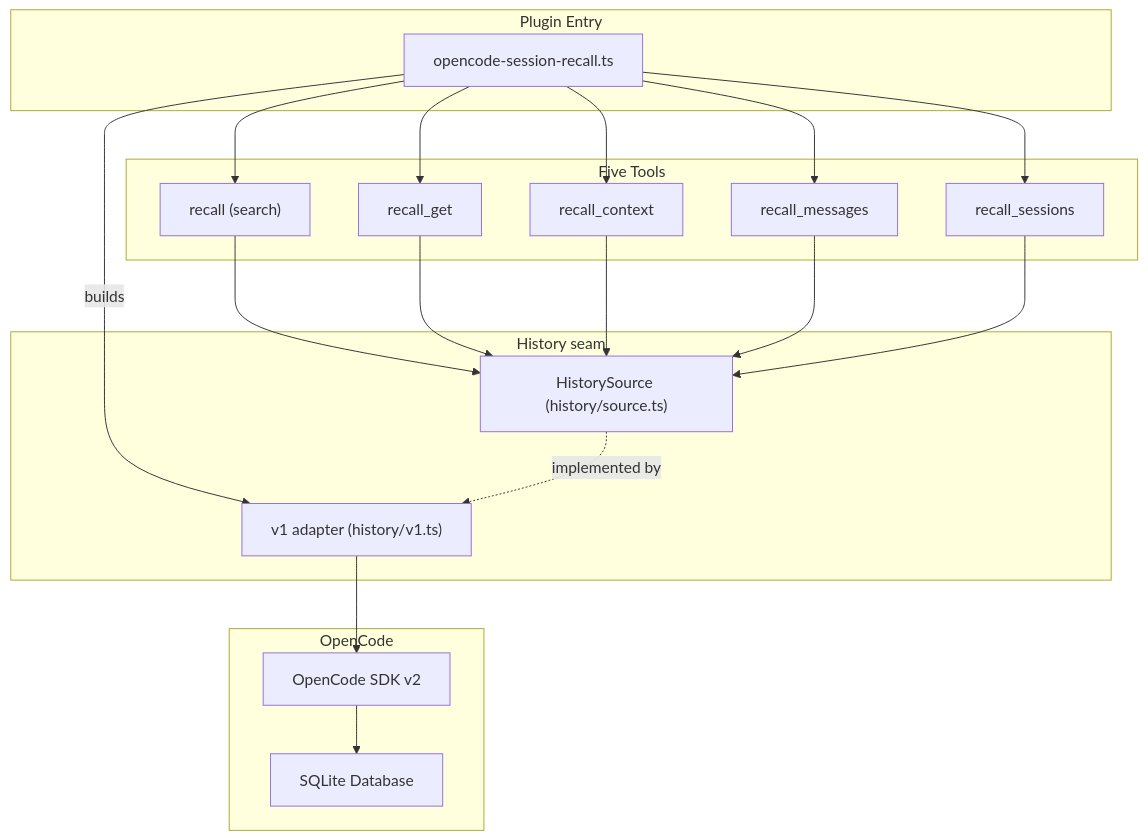
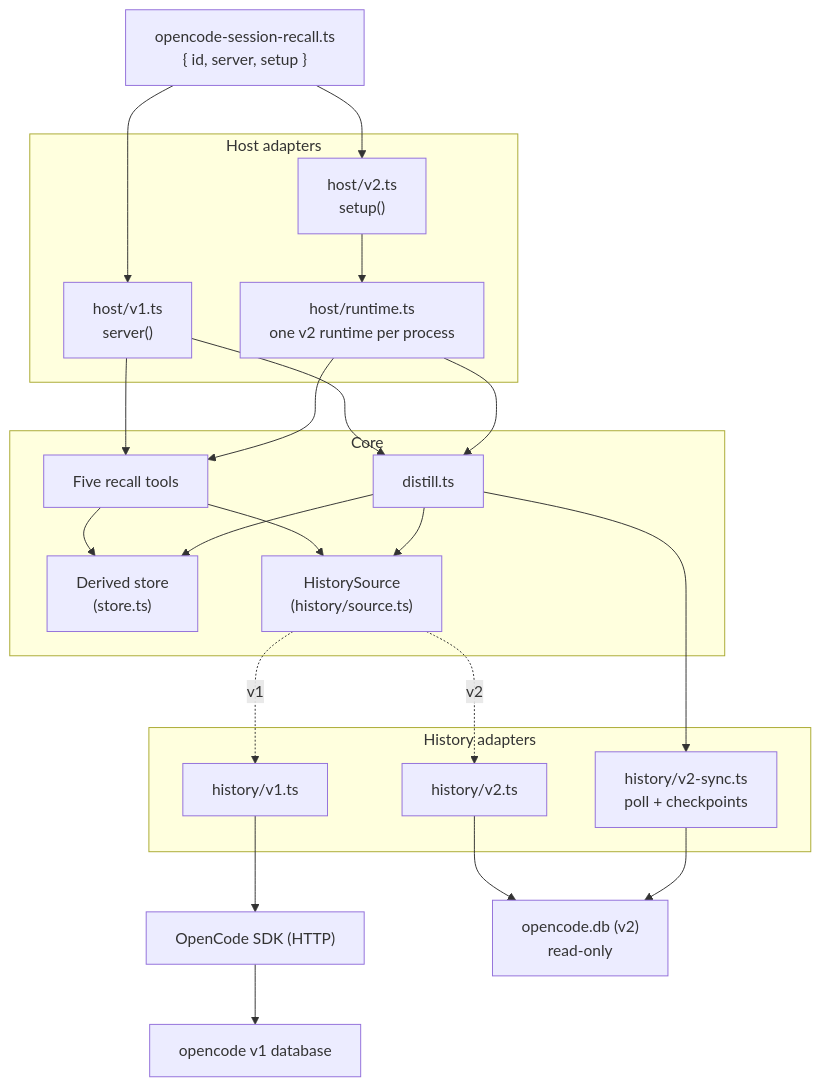
The first of 5 diagrams in CONTRIBUTING.md (rmk40/opencode-session-recall), drawn with Mermaid before and after one commit. The commit also changed other lines of this file, not shown here.

Commit message:
docs(contributing): describe the two host adapters and the v2 data path
- Overview diagram and text cover both entries (server for v1, setup
  for v2 behind its capability probe), the per-process v2 runtime, the
  HistorySource seam with its v1 (SDK) and v2 (read-only opencode.db)
  adapters, the v2 sync poll, and card-only recall when opencode.db is
  unavailable
- Module map gains history/v2.ts, v2-project.ts, v2-path.ts and
  card-drill.ts; fixes the fetch-gate, sqlite and embedder rows
- Hooks table covers both hosts (v2: the context hook for primary and
  the nudge; autoRecall/compactionRecall deferred)
- Dependencies table marks @opencode-ai/sdk as v1-only runtime and
  both plugin packages as dev/type-only
- New tools register in both hosts; tests need Node 22.5+

````diff
--- a/CONTRIBUTING.md
+++ b/CONTRIBUTING.md
@@ -34,41 +34,46 @@
 ```mermaid
 flowchart TB
-    subgraph "Plugin Entry"
-        Entry["opencode-session-recall.ts"]
+    Entry["opencode-session-recall.ts<br/>{ id, server, setup }"]
+
+    subgraph "Host adapters"
+        HostV1["host/v1.ts<br/>server()"]
+        HostV2["host/v2.ts<br/>setup()"]
+        Runtime["host/runtime.ts<br/>one v2 runtime per process"]
     end
 
-    subgraph "Five Tools"
-        Recall["recall (search)"]
-        Get["recall_get"]
-        Context["recall_context"]
-        Messages["recall_messages"]
-        Sessions["recall_sessions"]
+    subgraph "Core"
+        Tools["Five recall tools"]
+        Distiller["distill.ts"]
+        Store["Derived store<br/>(store.ts)"]
+        Source["HistorySource<br/>(history/source.ts)"]
     end
 
-    subgraph "History seam"
-        Source["HistorySource (history/source.ts)"]
-        V1["v1 adapter (history/v1.ts)"]
+    subgraph "History adapters"
+        V1["history/v1.ts"]
+        V2["history/v2.ts"]
+        Sync["history/v2-sync.ts<br/>poll + checkpoints"]
     end
 
-    subgraph "OpenCode"
-        SDK["OpenCode SDK v2"]
-        DB["SQLite Database"]
-    end
+    SDK["OpenCode SDK (HTTP)"]
+    DB1["opencode v1 database"]
+    DB2["opencode.db (v2)<br/>read-only"]
 
-    Entry --> Recall
-    Entry --> Get
-    Entry --> Context
-    Entry --> Messages
-    Entry --> Sessions
-    Entry -->|builds| V1
-
-    Recall --> Source
-    Get --> Source
-    Context --> Source
-    Messages --> Source
-    Sessions --> Source
-
-    Source -.->|implemented by| V1
+    Entry --> HostV1
+    Entry --> HostV2
+    HostV2 --> Runtime
+    HostV1 --> Tools
+    Runtime --> Tools
+    HostV1 --> Distiller
+    Runtime --> Distiller
+    Tools --> Source
+    Tools --> Store
+    Distiller --> Source
+    Distiller --> Store
+    Distiller --> Sync
+    Source -.->|v1| V1
+    Source -.->|v2| V2
     V1 --> SDK
-    SDK --> DB
+    SDK --> DB1
+    V2 --> DB2
+    Sync --> DB2
 ```
````
